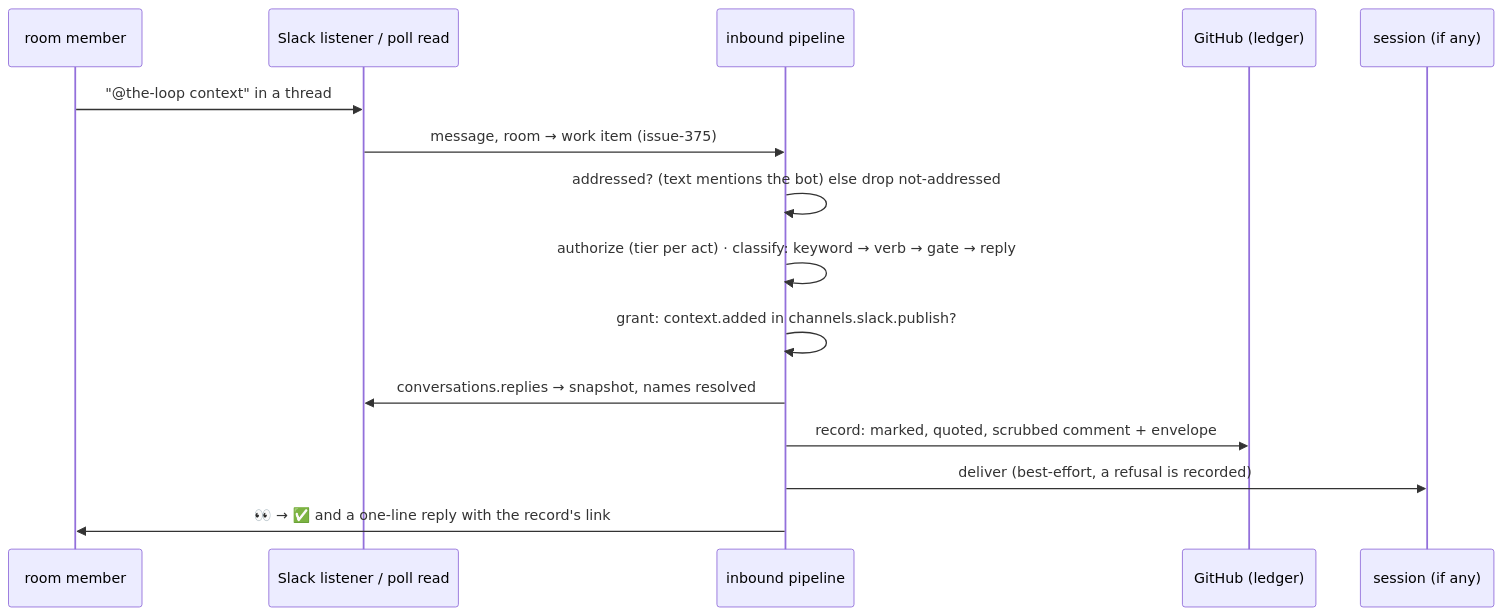
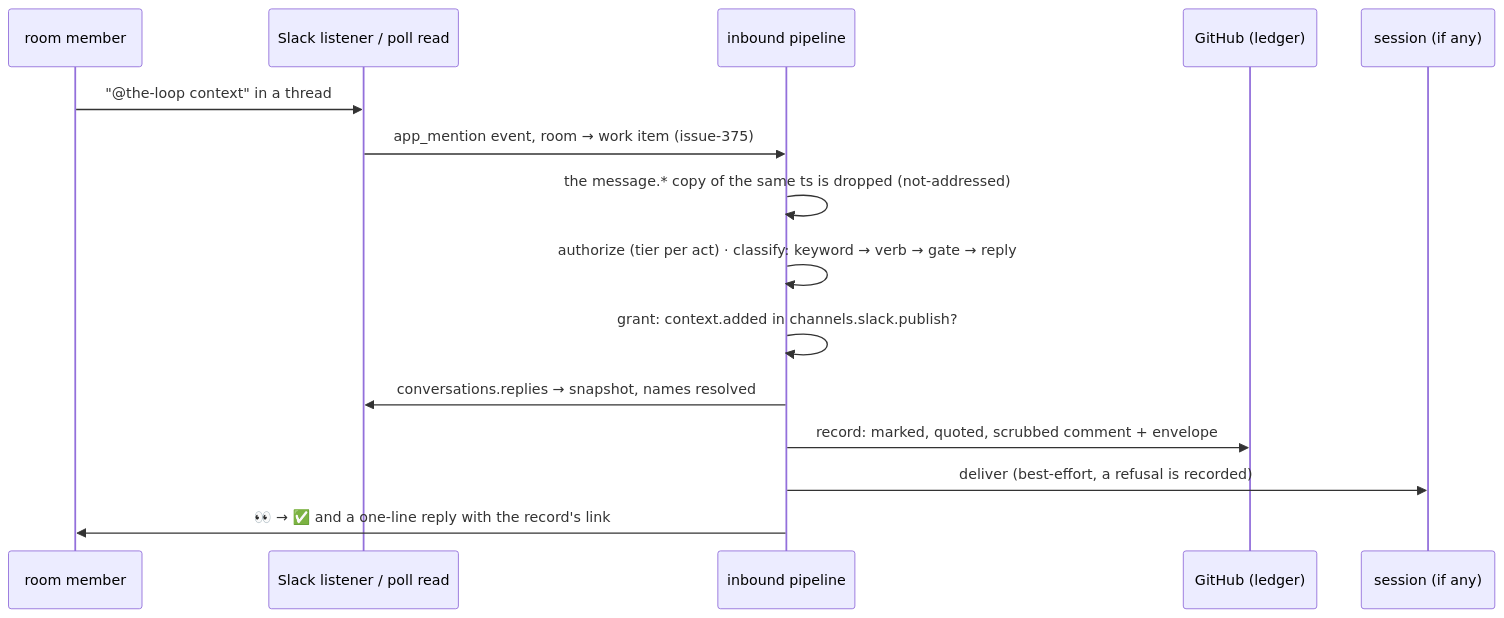
The diagram in docs/specs/issue-389/brainstorm.md (MadaraUchiha-314/the-loop), drawn with Mermaid before and after one commit. The commit also changed other lines of this file, not shown here.

First line of the commit message:
docs(issue-389): fold the owner's two decisions into the brainstorm

````diff
--- a/docs/specs/issue-389/brainstorm.md
+++ b/docs/specs/issue-389/brainstorm.md
@@ -214,17 +238,17 @@
 ```mermaid
 sequenceDiagram
   participant M as room member
   participant L as Slack listener / poll read
   participant P as inbound pipeline
   participant G as GitHub (ledger)
   participant S as session (if any)
   M->>L: "@the-loop context" in a thread
-  L->>P: message, room → work item (issue-375)
-  P->>P: addressed? (text mentions the bot) else drop not-addressed
+  L->>P: app_mention event, room → work item (issue-375)
+  P->>P: the message.* copy of the same ts is dropped (not-addressed)
   P->>P: authorize (tier per act) · classify: keyword → verb → gate → reply
   P->>P: grant: context.added in channels.slack.publish?
   P->>L: conversations.replies → snapshot, names resolved
   P->>G: record: marked, quoted, scrubbed comment + envelope
   P->>S: deliver (best-effort, a refusal is recorded)
   P->>M: 👀 → ✅ and a one-line reply with the record's link
 ```
````
